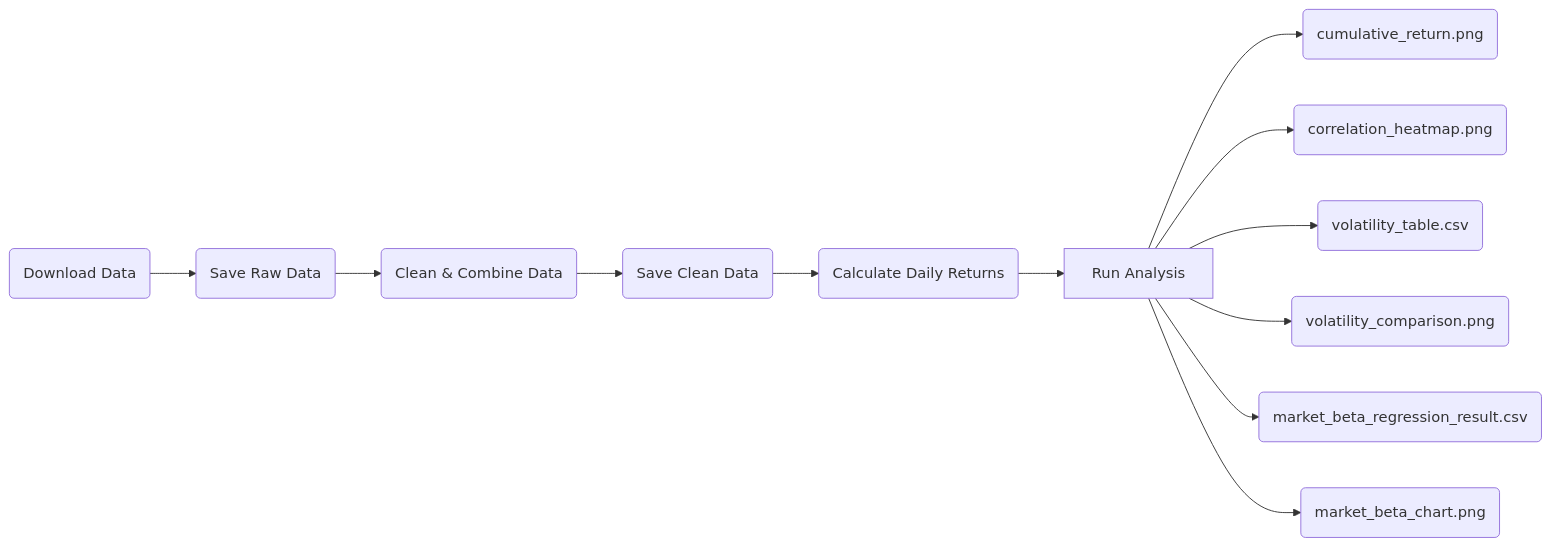
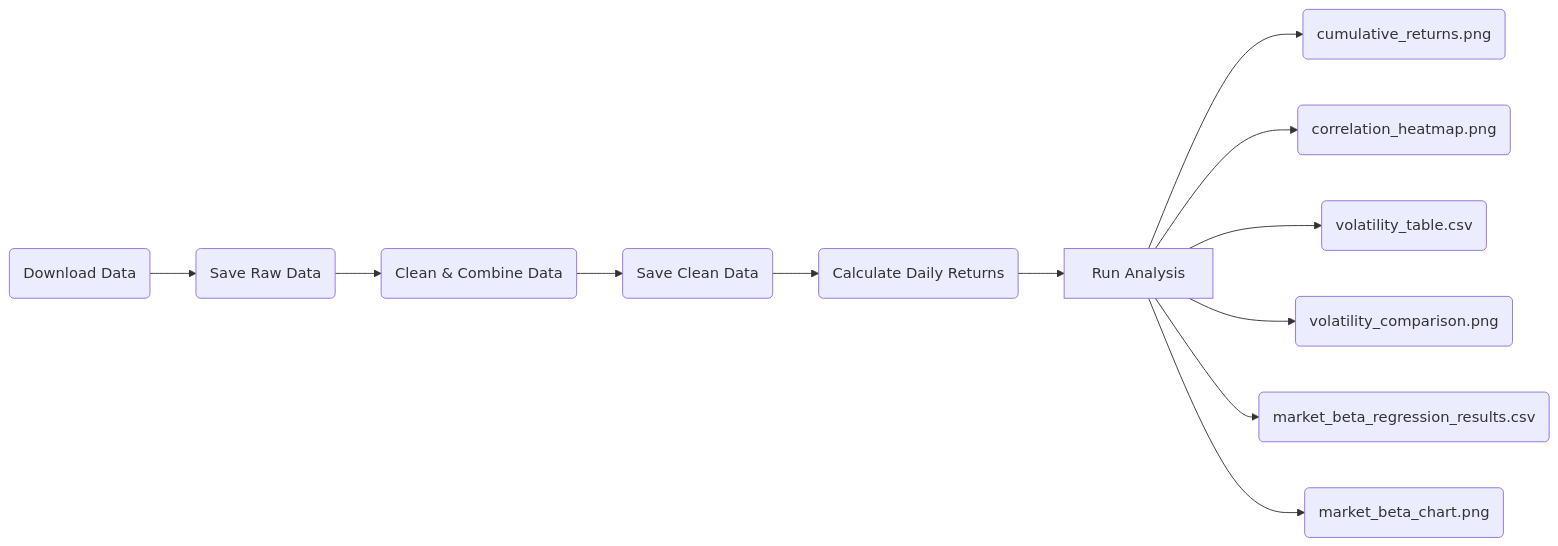
Before and after one commit to kian-psr/Empirical-project: the diagram in README.md, drawn with Mermaid. The commit also changed other lines of this file, not shown here.

````diff
--- a/README.md
+++ b/README.md
@@ -47,14 +46,14 @@
-``` mermaid
+```mermaid
 flowchart LR
     A(Download Data) --> B(Save Raw Data)
     B --> C(Clean & Combine Data)
     C --> D(Save Clean Data)
     D --> E(Calculate Daily Returns)
     E --> F[Run Analysis]
-    F --> G("cumulative_return.png")
+    F --> G("cumulative_returns.png")
     F --> H("correlation_heatmap.png")
     F --> I("volatility_table.csv")
     F --> J("volatility_comparison.png")
-    F --> K("market_beta_regression_result.csv")
+    F --> K("market_beta_regression_results.csv")
     F --> L("market_beta_chart.png")
 ```
````
